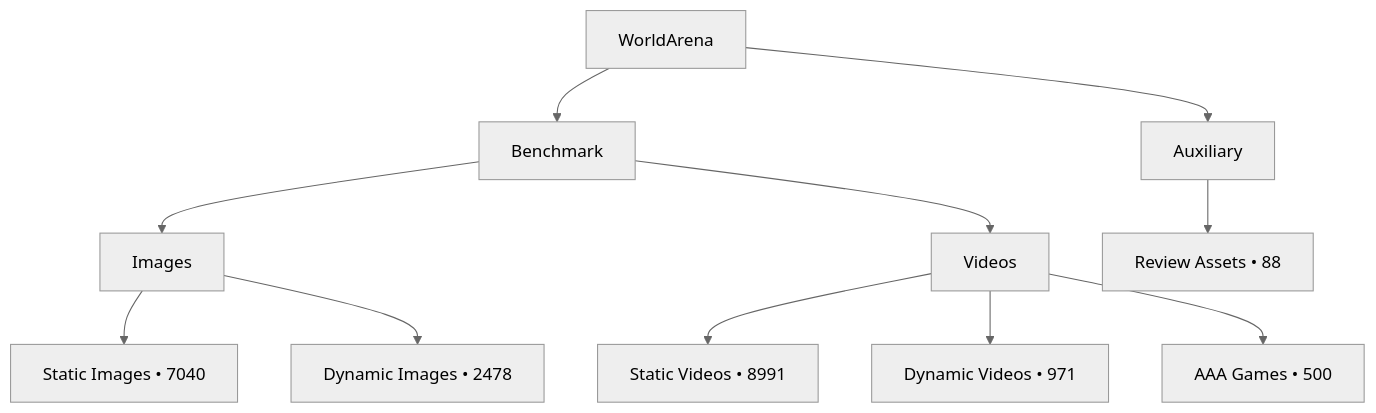
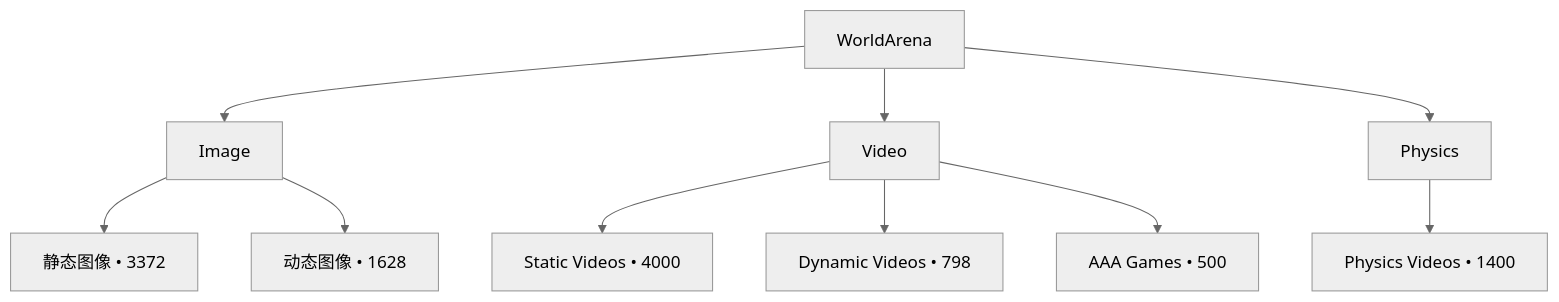
Before and after one commit to OpenEnvision/WorldAtlas: the diagram in docs/zh/overview.md, drawn with Mermaid (neutral theme). The commit also changed other lines of this file and 20 other files, not shown here.

````diff
--- a/docs/zh/overview.md
+++ b/docs/zh/overview.md
@@ -31,14 +31,13 @@
 ```mermaid
 graph TD
   root[WorldArena]
-  root --> benchmark[Benchmark]
-  root --> auxiliary[Auxiliary]
-  benchmark --> images[Images]
-  benchmark --> videos[Videos]
-  images --> static_images[Static Images • 7040]
-  images --> dynamic_images[Dynamic Images • 2478]
-  videos --> static_videos[Static Videos • 8991]
-  videos --> dynamic_videos[Dynamic Videos • 971]
+  root --> images[Image]
+  root --> videos[Video]
+  root --> physics[Physics]
+  images --> static_images[静态图像 • 3372]
+  images --> dynamic_images[动态图像 • 1628]
+  videos --> static_videos[Static Videos • 4000]
+  videos --> dynamic_videos[Dynamic Videos • 798]
   videos --> aaa_games[AAA Games • 500]
-  auxiliary --> review_assets[Review Assets • 88]
+  physics --> physics_videos[Physics Videos • 1400]
 ```
````
